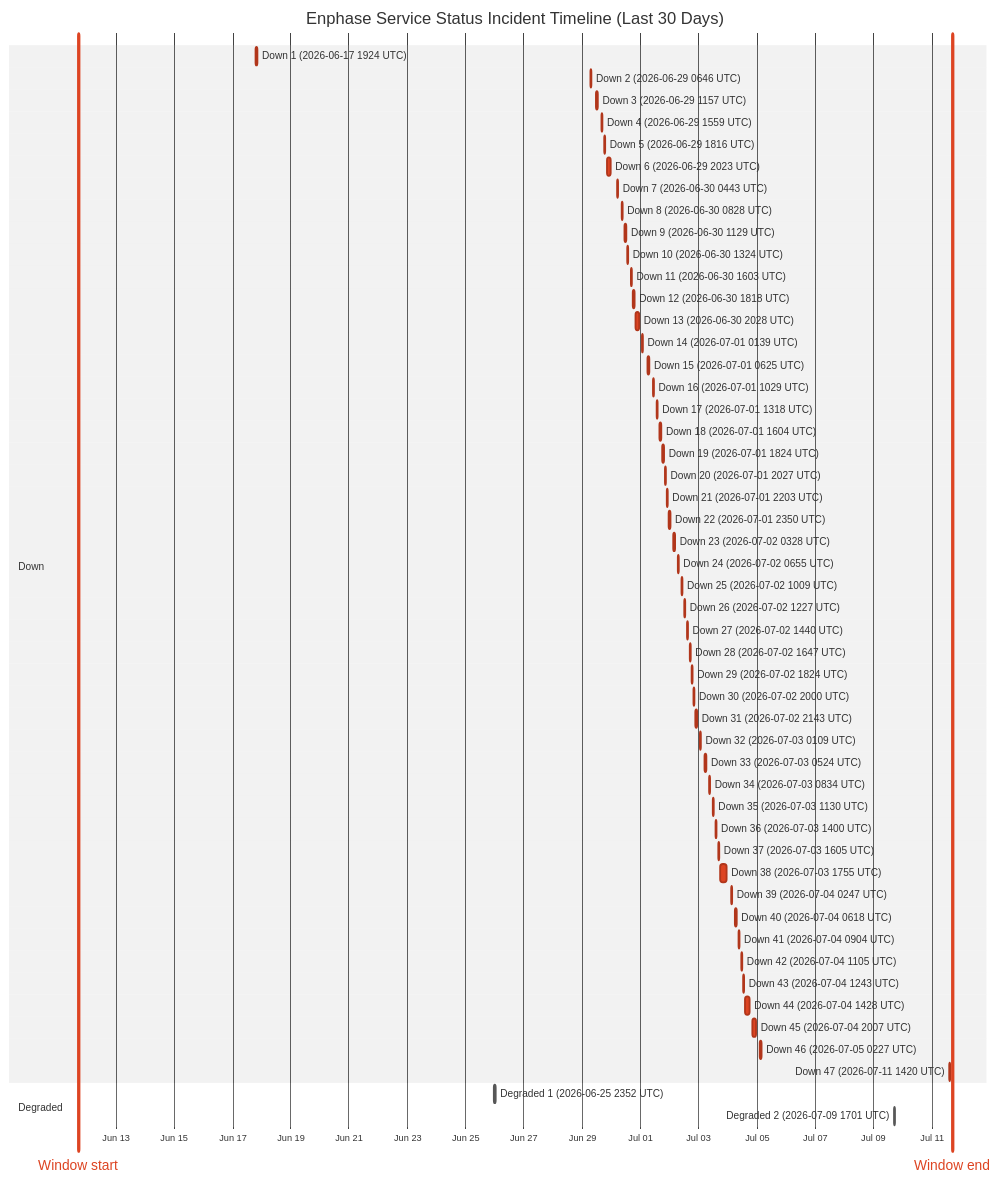
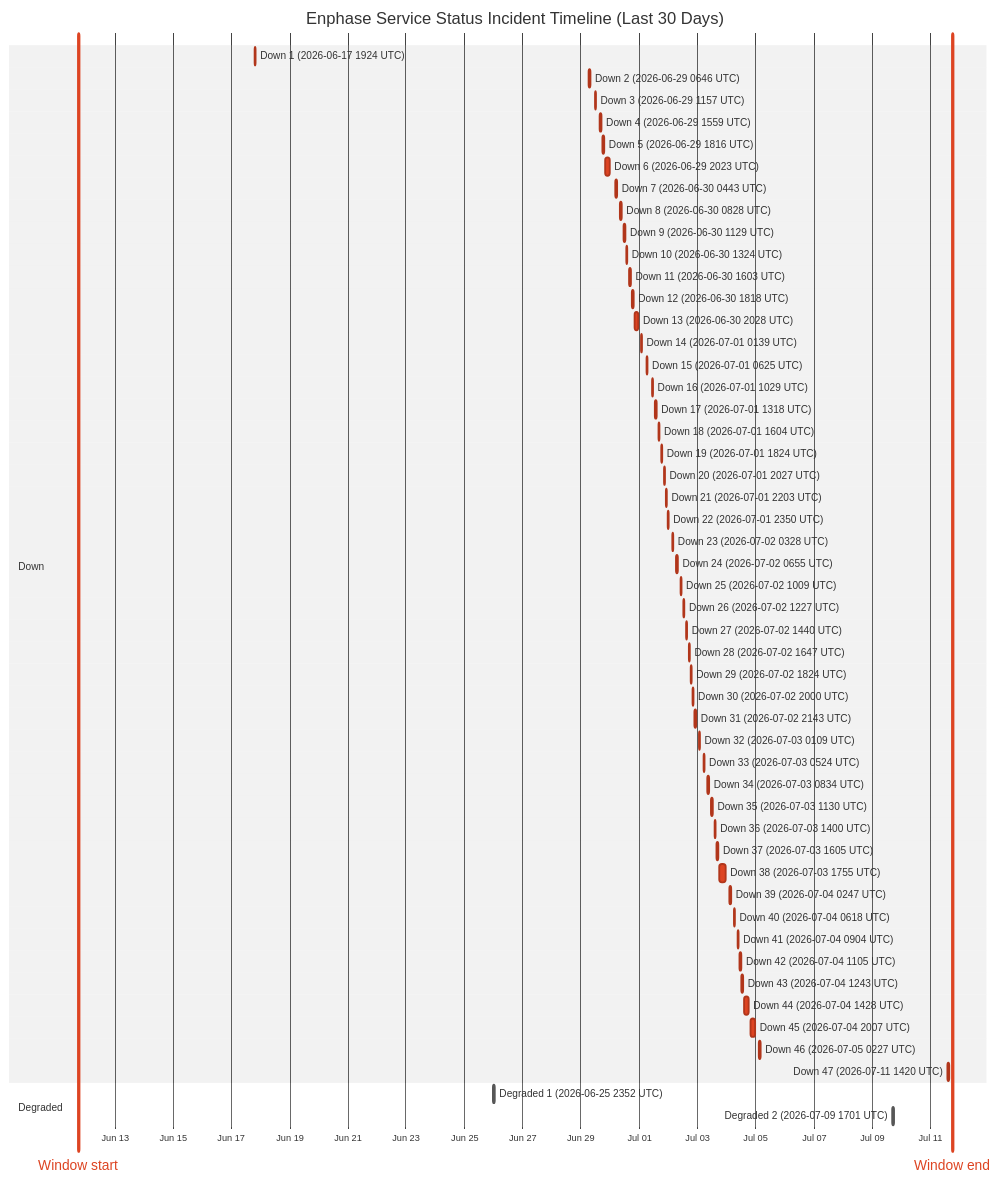
The diagram in wiki/Service-Status-History.md (barneyonline/ha-enphase-energy), drawn with Mermaid (neutral theme) before and after one commit. The commit also changed other lines of this file and 3 other files, not shown here.

````diff
--- a/wiki/Service-Status-History.md
+++ b/wiki/Service-Status-History.md
@@ -14,59 +14,59 @@
 ```mermaid
 gantt
     title Enphase Service Status Incident Timeline (Last 30 Days)
     dateFormat  YYYY-MM-DDTHH:mm:ss
     axisFormat  %b %d
-    Window start :vert, window-start, 2026-06-11T16:56:14, 0ms
-    Window end :vert, window-end, 2026-07-11T16:56:14, 0ms
+    Window start :vert, window-start, 2026-06-11T17:54:55, 0ms
+    Window end :vert, window-end, 2026-07-11T17:54:55, 0ms
     section Down
     Down 1 (2026-06-17 1924 UTC) :crit, down-1, 2026-06-17T19:24:51, 60m
     Down 2 (2026-06-29 0646 UTC) :crit, down-2, 2026-06-29T06:46:18, 60m
     Down 3 (2026-06-29 1157 UTC) :crit, down-3, 2026-06-29T11:57:36, 60m
     Down 4 (2026-06-29 1559 UTC) :crit, down-4, 2026-06-29T15:59:02, 60m
     Down 5 (2026-06-29 1816 UTC) :crit, down-5, 2026-06-29T18:16:38, 60m
     Down 6 (2026-06-29 2023 UTC) :crit, down-6, 2026-06-29T20:23:16, 220m
     Down 7 (2026-06-30 0443 UTC) :crit, down-7, 2026-06-30T04:43:54, 60m
     Down 8 (2026-06-30 0828 UTC) :crit, down-8, 2026-06-30T08:28:43, 60m
     Down 9 (2026-06-30 1129 UTC) :crit, down-9, 2026-06-30T11:29:15, 60m
     Down 10 (2026-06-30 1324 UTC) :crit, down-10, 2026-06-30T13:24:25, 60m
     Down 11 (2026-06-30 1603 UTC) :crit, down-11, 2026-06-30T16:03:26, 60m
     Down 12 (2026-06-30 1818 UTC) :crit, down-12, 2026-06-30T18:18:39, 60m
     Down 13 (2026-06-30 2028 UTC) :crit, down-13, 2026-06-30T20:28:54, 171m
     Down 14 (2026-07-01 0139 UTC) :crit, down-14, 2026-07-01T01:39:18, 60m
     Down 15 (2026-07-01 0625 UTC) :crit, down-15, 2026-07-01T06:25:35, 60m
     Down 16 (2026-07-01 1029 UTC) :crit, down-16, 2026-07-01T10:29:24, 60m
     Down 17 (2026-07-01 1318 UTC) :crit, down-17, 2026-07-01T13:18:31, 60m
     Down 18 (2026-07-01 1604 UTC) :crit, down-18, 2026-07-01T16:04:29, 60m
     Down 19 (2026-07-01 1824 UTC) :crit, down-19, 2026-07-01T18:24:21, 60m
     Down 20 (2026-07-01 2027 UTC) :crit, down-20, 2026-07-01T20:27:17, 60m
     Down 21 (2026-07-01 2203 UTC) :crit, down-21, 2026-07-01T22:03:46, 60m
     Down 22 (2026-07-01 2350 UTC) :crit, down-22, 2026-07-01T23:50:52, 60m
     Down 23 (2026-07-02 0328 UTC) :crit, down-23, 2026-07-02T03:28:33, 60m
     Down 24 (2026-07-02 0655 UTC) :crit, down-24, 2026-07-02T06:55:07, 60m
     Down 25 (2026-07-02 1009 UTC) :crit, down-25, 2026-07-02T10:09:15, 60m
     Down 26 (2026-07-02 1227 UTC) :crit, down-26, 2026-07-02T12:27:49, 60m
     Down 27 (2026-07-02 1440 UTC) :crit, down-27, 2026-07-02T14:40:53, 60m
     Down 28 (2026-07-02 1647 UTC) :crit, down-28, 2026-07-02T16:47:47, 60m
     Down 29 (2026-07-02 1824 UTC) :crit, down-29, 2026-07-02T18:24:26, 60m
     Down 30 (2026-07-02 2000 UTC) :crit, down-30, 2026-07-02T20:00:57, 60m
     Down 31 (2026-07-02 2143 UTC) :crit, down-31, 2026-07-02T21:43:52, 80m
     Down 32 (2026-07-03 0109 UTC) :crit, down-32, 2026-07-03T01:09:19, 60m
     Down 33 (2026-07-03 0524 UTC) :crit, down-33, 2026-07-03T05:24:23, 60m
     Down 34 (2026-07-03 0834 UTC) :crit, down-34, 2026-07-03T08:34:05, 60m
     Down 35 (2026-07-03 1130 UTC) :crit, down-35, 2026-07-03T11:30:41, 60m
     Down 36 (2026-07-03 1400 UTC) :crit, down-36, 2026-07-03T14:00:48, 60m
     Down 37 (2026-07-03 1605 UTC) :crit, down-37, 2026-07-03T16:05:49, 60m
     Down 38 (2026-07-03 1755 UTC) :crit, down-38, 2026-07-03T17:55:54, 338m
     Down 39 (2026-07-04 0247 UTC) :crit, down-39, 2026-07-04T02:47:22, 60m
     Down 40 (2026-07-04 0618 UTC) :crit, down-40, 2026-07-04T06:18:09, 60m
     Down 41 (2026-07-04 0904 UTC) :crit, down-41, 2026-07-04T09:04:41, 60m
     Down 42 (2026-07-04 1105 UTC) :crit, down-42, 2026-07-04T11:05:21, 60m
     Down 43 (2026-07-04 1243 UTC) :crit, down-43, 2026-07-04T12:43:25, 60m
     Down 44 (2026-07-04 1428 UTC) :crit, down-44, 2026-07-04T14:28:07, 243m
     Down 45 (2026-07-04 2007 UTC) :crit, down-45, 2026-07-04T20:07:50, 206m
     Down 46 (2026-07-05 0227 UTC) :crit, down-46, 2026-07-05T02:27:32, 109m
     Down 47 (2026-07-11 1420 UTC) :crit, down-47, 2026-07-11T14:20:54, 69m
     section Degraded
     Degraded 1 (2026-06-25 2352 UTC) :active, degraded-1, 2026-06-25T23:52:01, 60m
     Degraded 2 (2026-07-09 1701 UTC) :active, degraded-2, 2026-07-09T17:01:02, 60m
 ```
````
